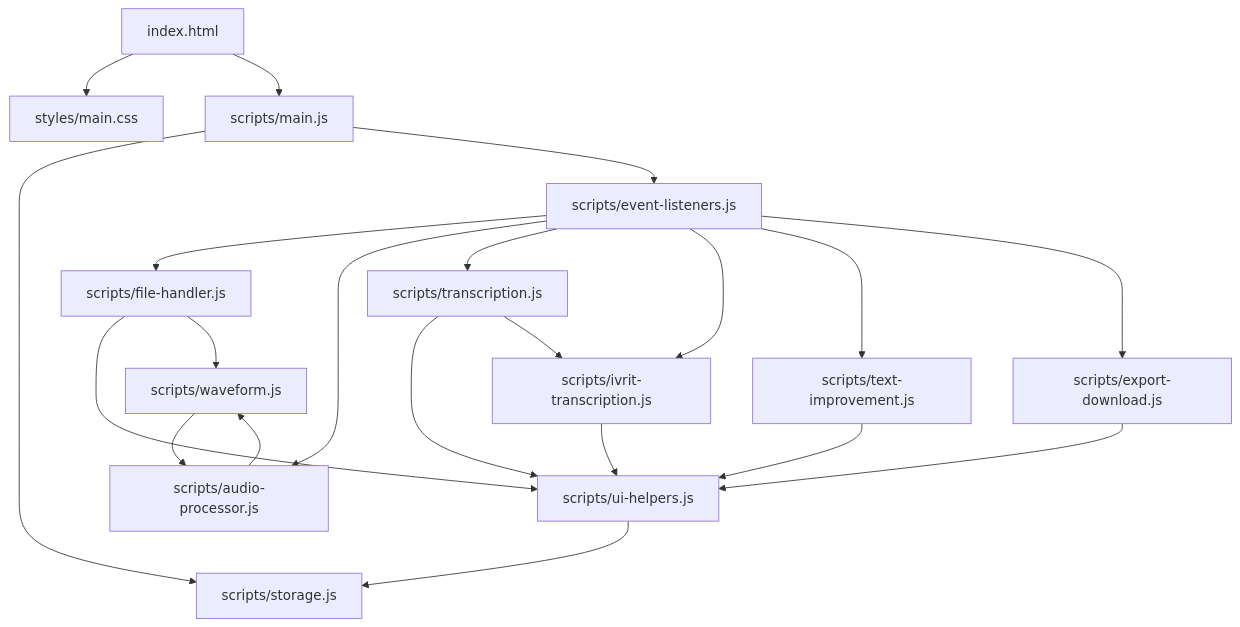
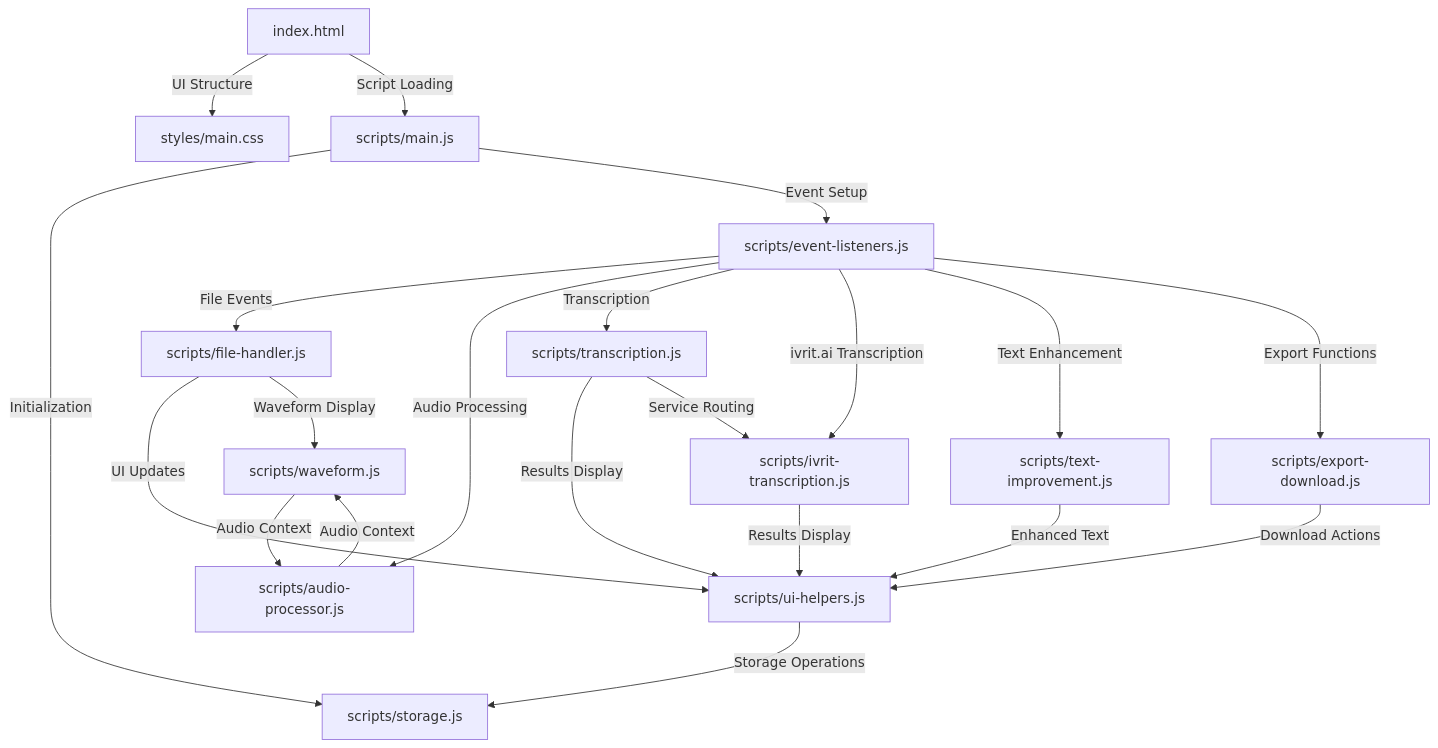
Before and after one commit to NaNa-148/timlol: the diagram in PROJECT_STRUCTURE.md, drawn with Mermaid. The commit also changed other lines of this file, not shown here.

````diff
--- a/PROJECT_STRUCTURE.md
+++ b/PROJECT_STRUCTURE.md
@@ -341,28 +742,28 @@
 ```mermaid
 graph TD
-    A[index.html] --> B[styles/main.css]
-    A --> C[scripts/main.js]
+    A[index.html] -->|UI Structure| B[styles/main.css]
+    A -->|Script Loading| C[scripts/main.js]
     
-    C --> D[scripts/storage.js]
-    C --> E[scripts/event-listeners.js]
+    C -->|Initialization| D[scripts/storage.js]
+    C -->|Event Setup| E[scripts/event-listeners.js]
     
-    E --> F[scripts/file-handler.js]
-    E --> G[scripts/audio-processor.js]
-    E --> H[scripts/transcription.js]
-    E --> I[scripts/ivrit-transcription.js]
-    E --> J[scripts/text-improvement.js]
-    E --> K[scripts/export-download.js]
+    E -->|File Events| F[scripts/file-handler.js]
+    E -->|Audio Processing| G[scripts/audio-processor.js]
+    E -->|Transcription| H[scripts/transcription.js]
+    E -->|ivrit.ai Transcription| I[scripts/ivrit-transcription.js]
+    E -->|Text Enhancement| J[scripts/text-improvement.js]
+    E -->|Export Functions| K[scripts/export-download.js]
     
-    F --> L[scripts/ui-helpers.js]
-    F --> M[scripts/waveform.js]
+    F -->|UI Updates| L[scripts/ui-helpers.js]
+    F -->|Waveform Display| M[scripts/waveform.js]
     
-    G --> M
-    H --> L
-    H --> I
-    I --> L
-    J --> L
-    K --> L
+    G -->|Audio Context| M
+    H -->|Results Display| L
+    H -->|Service Routing| I
+    I -->|Results Display| L
+    J -->|Enhanced Text| L
+    K -->|Download Actions| L
     
-    L --> D
-    M --> G
+    L -->|Storage Operations| D
+    M -->|Audio Context| G
 ```
````
